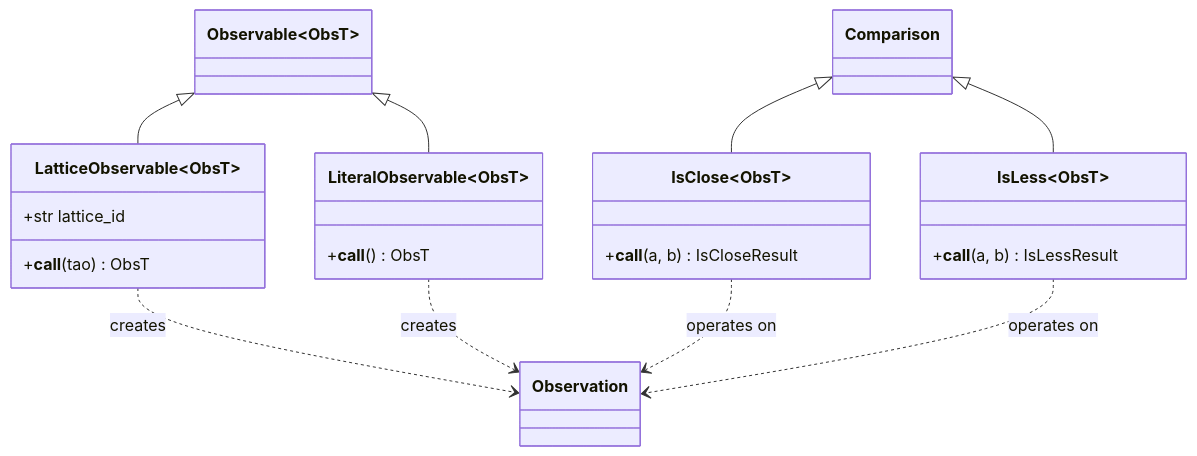
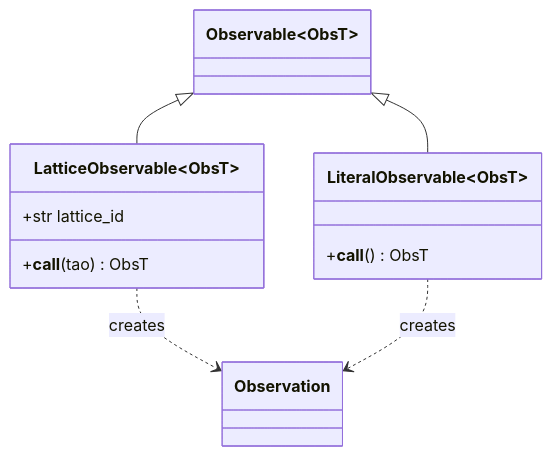
The first of 6 diagrams in docs/constraints/index.md (bmad-sim/pytao), drawn with Mermaid before and after one commit. The commit also changed other lines of this file, not shown here.

Commit message:
more diagram workshopping

````diff
--- a/docs/constraints/index.md
+++ b/docs/constraints/index.md
@@ -12,29 +12,17 @@
 ```mermaid
 classDiagram
     class Observation
     class Observable~ObsT~
     class LatticeObservable~ObsT~ {
         +str lattice_id
         +__call__(tao) ObsT
     }
     class LiteralObservable~ObsT~ {
         +__call__() ObsT
     }
     Observable <|-- LatticeObservable
     Observable <|-- LiteralObservable
 
-    class Comparison
-    class IsClose~ObsT~ {
-        +__call__(a, b) IsCloseResult
-    }
-    class IsLess~ObsT~ {
-        +__call__(a, b) IsLessResult
-    }
-    Comparison <|-- IsClose
-    Comparison <|-- IsLess
-
     LatticeObservable ..> Observation : creates
     LiteralObservable ..> Observation : creates
-    IsClose ..> Observation : operates on
-    IsLess ..> Observation : operates on
 ```
````
